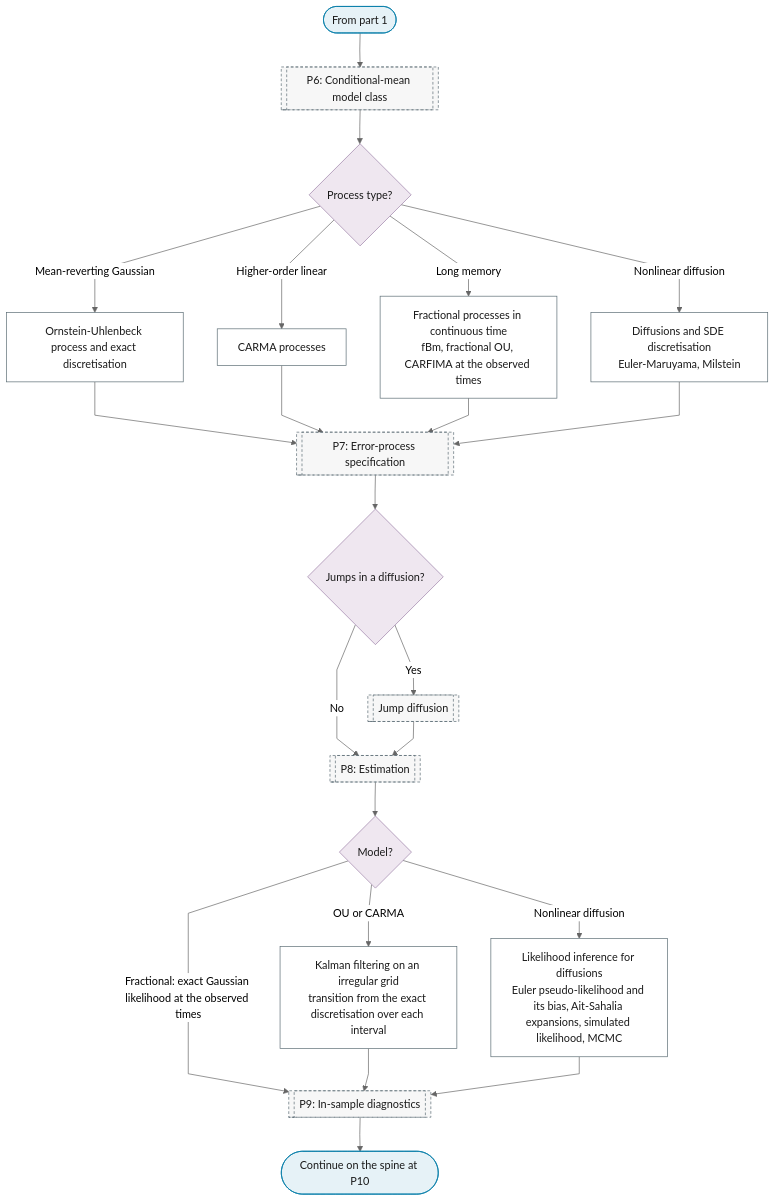
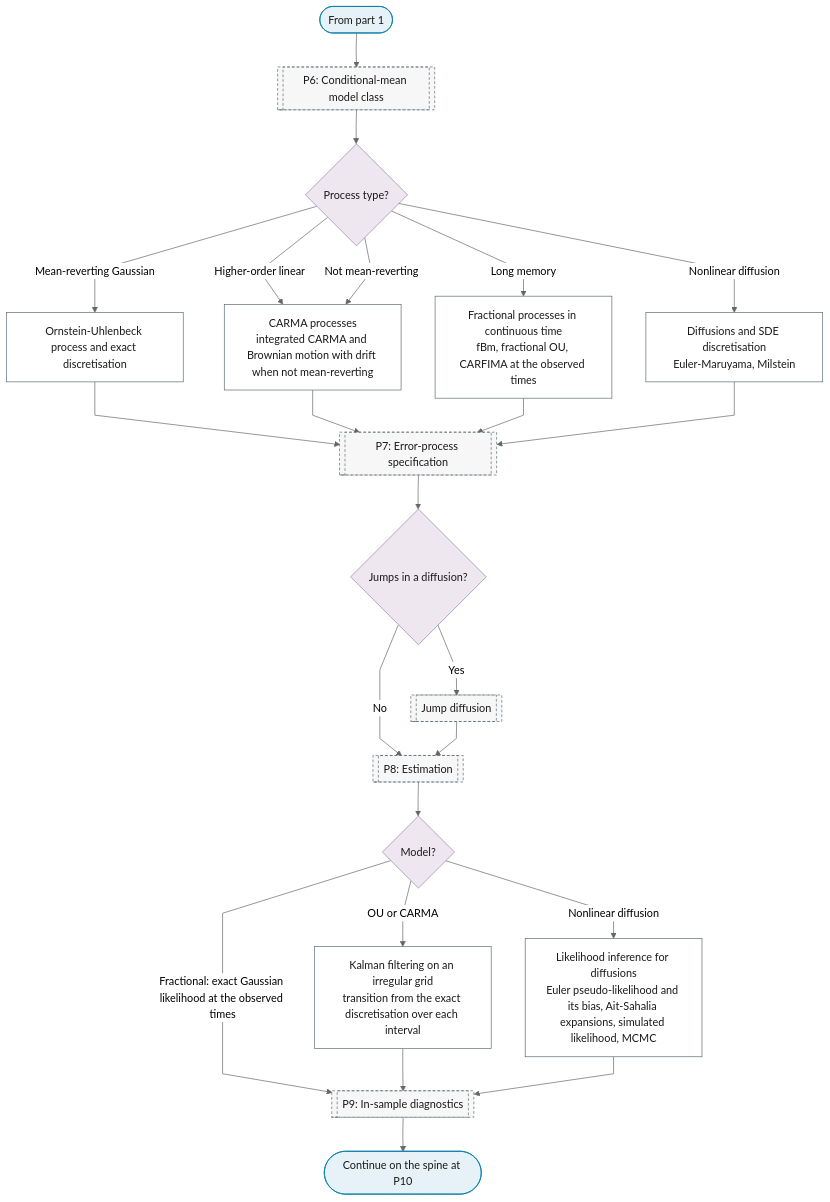
The second of 2 diagrams in docs/reference/15-continuous-time/index.md (Shuxin-Y/time-series-analysis-manual), drawn with Mermaid (neutral theme) before and after one commit. The commit also changed 11 other files, not shown here.

````diff
--- a/docs/reference/15-continuous-time/index.md
+++ b/docs/reference/15-continuous-time/index.md
@@ -43,33 +43,34 @@
 ```mermaid
 %%{init: {"flowchart": {"curve": "linear"}}}%%
 graph TD
     B3_PART_2_IN(["From part 1"]) --> P6[["P6: Conditional-mean model class"]]
     P6 --> B3_PROCESS{"Process type?"}
     B3_PROCESS -->|"Mean-reverting Gaussian"| B3_OU["Ornstein-Uhlenbeck process and exact discretisation"]
-    B3_PROCESS -->|"Higher-order linear"| B3_CARMA["CARMA processes"]
+    B3_PROCESS -->|"Higher-order linear"| B3_CARMA["CARMA processes<br/>integrated CARMA and Brownian motion with drift when not mean-reverting"]
+    B3_PROCESS -->|"Not mean-reverting"| B3_CARMA
     B3_PROCESS -->|"Long memory"| B3_FBM["Fractional processes in continuous time<br/>fBm, fractional OU, CARFIMA at the observed times"]
     B3_PROCESS -->|"Nonlinear diffusion"| B3_SDE["Diffusions and SDE discretisation<br/>Euler-Maruyama, Milstein"]
     B3_OU & B3_CARMA & B3_FBM & B3_SDE --> P7[["P7: Error-process specification"]]
     P7 --> B3_JUMPS{"Jumps in a diffusion?"}
     B3_JUMPS -->|"Yes"| P7_JUMPS[["Jump diffusion"]]
     B3_JUMPS -->|"No"| P8
     P7_JUMPS --> P8[["P8: Estimation"]]
     P8 --> B3_ESTIMATOR{"Model?"}
     B3_ESTIMATOR -->|"OU or CARMA"| B3_IRREGULAR_KALMAN["Kalman filtering on an irregular grid<br/>transition from the exact discretisation over each interval"]
     B3_ESTIMATOR -->|"Fractional: exact Gaussian likelihood at the observed times"| P9
     B3_ESTIMATOR -->|"Nonlinear diffusion"| B3_SDE_INFERENCE["Likelihood inference for diffusions<br/>Euler pseudo-likelihood and its bias, Ait-Sahalia expansions, simulated likelihood, MCMC"]
     B3_IRREGULAR_KALMAN & B3_SDE_INFERENCE --> P9[["P9: In-sample diagnostics"]]
     P9 --> B3_OUT(["Continue on the spine at P10"])
     class B3_PART_2_IN,B3_OUT terminator
     class B3_PROCESS,B3_JUMPS,B3_ESTIMATOR decision
     class B3_OU,B3_CARMA,B3_FBM,B3_SDE,B3_IRREGULAR_KALMAN,B3_SDE_INFERENCE process
     class P6,P7,P7_JUMPS,P8,P9 ref
     classDef terminator fill:#E6F2F7,stroke:#007BA7,color:#1A1A1A;
     classDef process fill:#FFFFFF,stroke:#5A6B73,color:#1A1A1A;
     classDef decision fill:#EFE7F0,stroke:#9B7FA7,color:#1A1A1A;
     classDef data fill:#FFF4E0,stroke:#C9A55E,color:#1A1A1A;
     classDef good fill:#DCEFD8,stroke:#4A7A3F,color:#1A1A1A;
     classDef escalate fill:#FFE9C2,stroke:#C9A55E,color:#1A1A1A;
     classDef problem fill:#F2D9DE,stroke:#800020,color:#1A1A1A;
     classDef ref fill:#F7F7F7,stroke:#5A6B73,color:#1A1A1A,stroke-dasharray:4 3;
 ```
````
